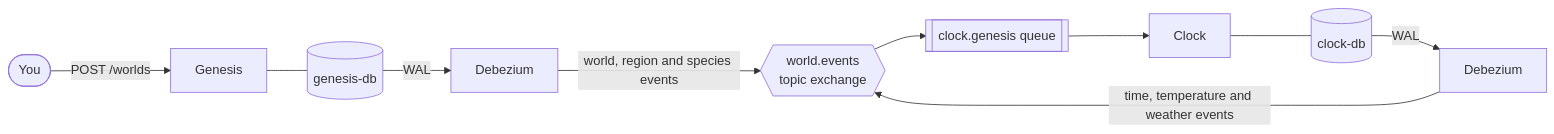
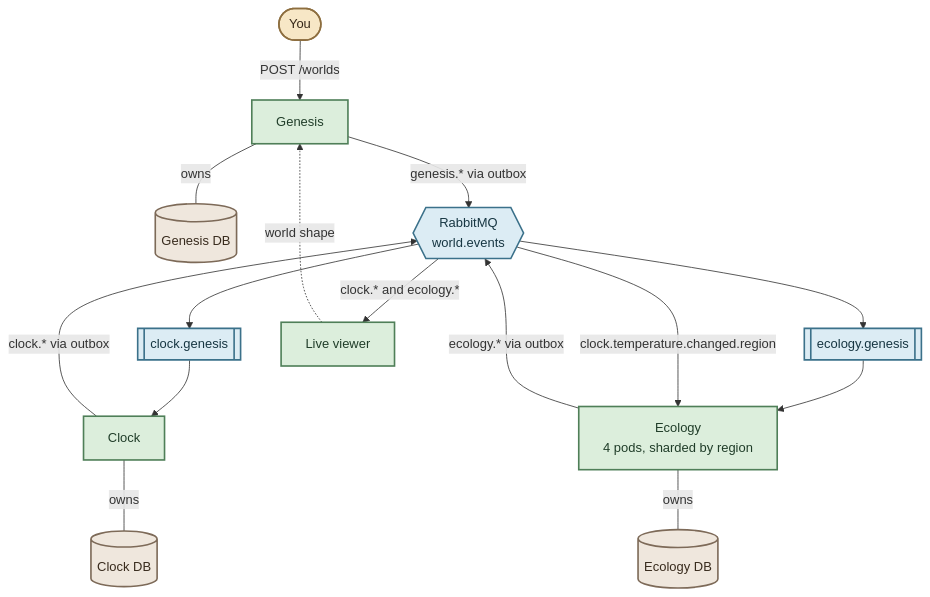
Before and after one commit to owainjhughes/world-simulator: the first of 2 diagrams in README.md, drawn with Mermaid. The commit also changed other lines of this file and 25 other files, not shown here.

````diff
--- a/README.md
+++ b/README.md
@@ -7,12 +7,27 @@
 ```mermaid
-flowchart LR
-    User([You]) -->|POST /worlds| Genesis
-    Genesis --- GenesisDB[(genesis-db)]
-    Clock --- ClockDB[(clock-db)]
-    GenesisDB -->|WAL| DebeziumG[Debezium]
-    ClockDB -->|WAL| DebeziumC[Debezium]
-    DebeziumG -->|world, region and species events| Exchange{{world.events<br/>topic exchange}}
-    DebeziumC -->|time, temperature and weather events| Exchange
-    Exchange --> ClockQueue[[clock.genesis queue]]
-    ClockQueue --> Clock
+flowchart TB
+    User([You]) -->|POST /worlds| Genesis[Genesis]
+    Genesis ---|owns| GenesisDB[(Genesis DB)]
+    Genesis -->|genesis.* via outbox| Events{{RabbitMQ<br/>world.events}}
+    Events --> ClockQueue[[clock.genesis]]
+    ClockQueue --> Clock[Clock]
+    Clock ---|owns| ClockDB[(Clock DB)]
+    Clock -->|clock.* via outbox| Events
+    Events --> EcologyQueue[[ecology.genesis]]
+    EcologyQueue --> Ecology[Ecology<br/>4 pods, sharded by region]
+    Events -->|clock.temperature.changed.region| Ecology
+    Ecology ---|owns| EcologyDB[(Ecology DB)]
+    Ecology -->|ecology.* via outbox| Events
+    Events -->|clock.* and ecology.*| Viewer[Live viewer]
+    Viewer -.->|world shape| Genesis
+
+    classDef actor fill:#f7e7c6,stroke:#8d6e3f,color:#342617,stroke-width:2px
+    classDef service fill:#dceedc,stroke:#4f7f58,color:#203d29,stroke-width:2px
+    classDef storage fill:#efe7dd,stroke:#7d6a58,color:#382b1d,stroke-width:2px
+    classDef messaging fill:#dcecf4,stroke:#3b718a,color:#173642,stroke-width:2px
+
+    class User actor
+    class Genesis,Clock,Ecology,Viewer service
+    class GenesisDB,ClockDB,EcologyDB storage
+    class Events,ClockQueue,EcologyQueue messaging
 ```
````
